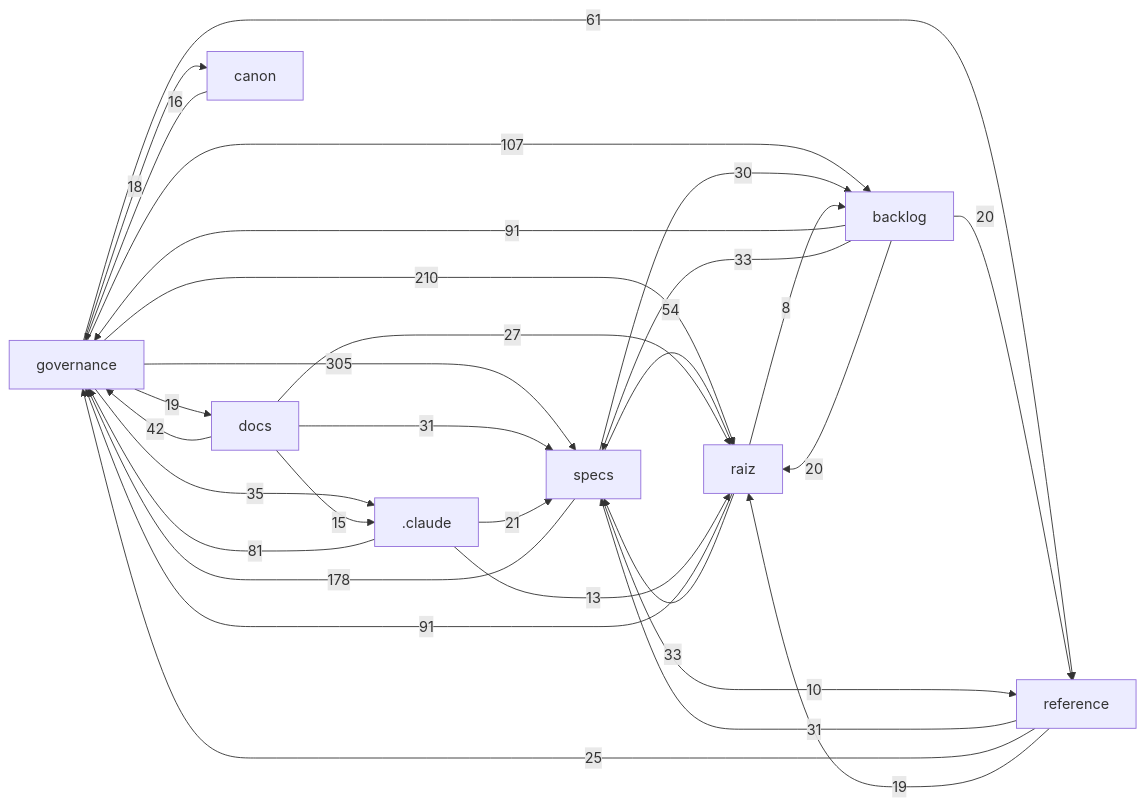
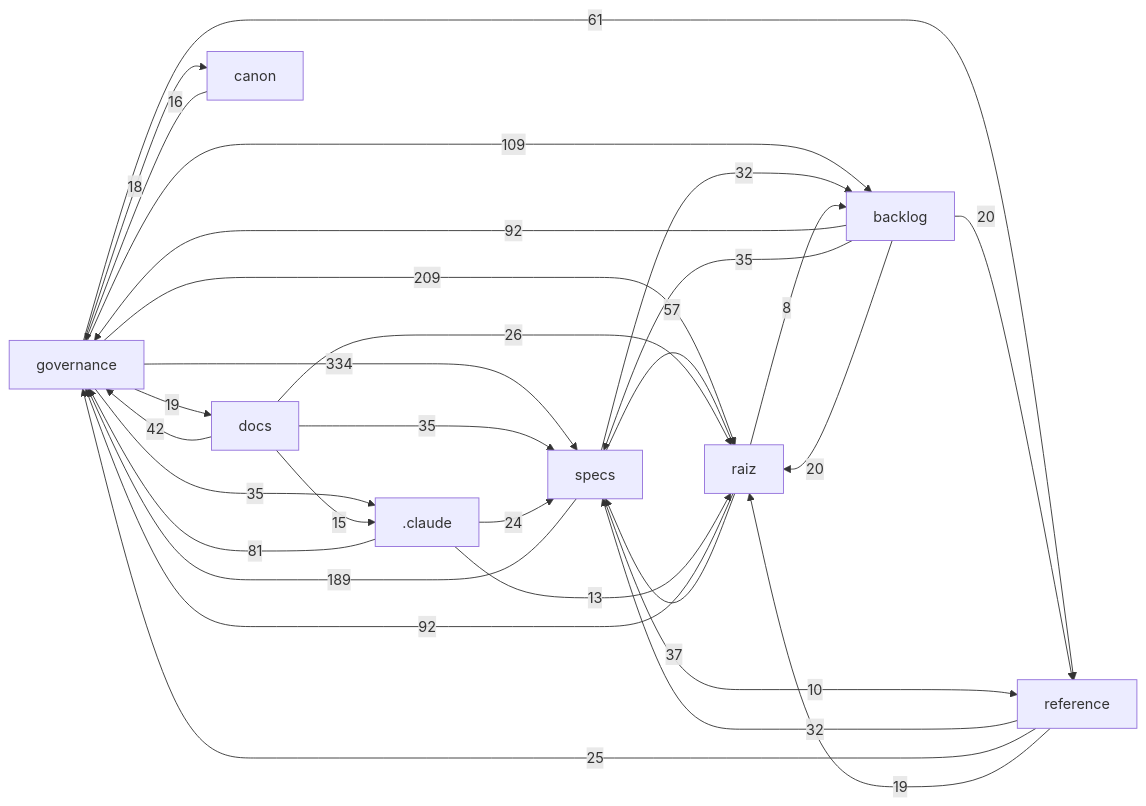
The diagram in docs/mapa/MAPA-PROJETO.md (Andraus35/Sistema-Operacional-de-Trading--SOT), drawn with Mermaid before and after one commit. The commit also changed other lines of this file and 7 other files, not shown here.

````diff
--- a/docs/mapa/MAPA-PROJETO.md
+++ b/docs/mapa/MAPA-PROJETO.md
@@ -30,32 +30,32 @@
 ```mermaid
 flowchart LR
-  governance["governance"] -->|305| specs["specs"]
-  governance["governance"] -->|210| raiz["raiz"]
-  specs["specs"] -->|178| governance["governance"]
-  governance["governance"] -->|107| backlog["backlog"]
-  raiz["raiz"] -->|91| governance["governance"]
-  backlog["backlog"] -->|91| governance["governance"]
+  governance["governance"] -->|334| specs["specs"]
+  governance["governance"] -->|209| raiz["raiz"]
+  specs["specs"] -->|189| governance["governance"]
+  governance["governance"] -->|109| backlog["backlog"]
+  raiz["raiz"] -->|92| governance["governance"]
+  backlog["backlog"] -->|92| governance["governance"]
   _claude[".claude"] -->|81| governance["governance"]
   governance["governance"] -->|61| reference["reference"]
-  specs["specs"] -->|54| raiz["raiz"]
+  specs["specs"] -->|57| raiz["raiz"]
   docs["docs"] -->|42| governance["governance"]
+  raiz["raiz"] -->|37| specs["specs"]
+  backlog["backlog"] -->|35| specs["specs"]
+  docs["docs"] -->|35| specs["specs"]
   governance["governance"] -->|35| _claude[".claude"]
-  raiz["raiz"] -->|33| specs["specs"]
-  backlog["backlog"] -->|33| specs["specs"]
-  docs["docs"] -->|31| specs["specs"]
-  reference["reference"] -->|31| specs["specs"]
-  specs["specs"] -->|30| backlog["backlog"]
-  docs["docs"] -->|27| raiz["raiz"]
+  reference["reference"] -->|32| specs["specs"]
+  specs["specs"] -->|32| backlog["backlog"]
+  docs["docs"] -->|26| raiz["raiz"]
   reference["reference"] -->|25| governance["governance"]
-  _claude[".claude"] -->|21| specs["specs"]
+  _claude[".claude"] -->|24| specs["specs"]
   backlog["backlog"] -->|20| raiz["raiz"]
   backlog["backlog"] -->|20| reference["reference"]
   governance["governance"] -->|19| docs["docs"]
   reference["reference"] -->|19| raiz["raiz"]
   governance["governance"] -->|18| canon["canon"]
   canon["canon"] -->|16| governance["governance"]
   docs["docs"] -->|15| _claude[".claude"]
   _claude[".claude"] -->|13| raiz["raiz"]
   specs["specs"] -->|10| reference["reference"]
   raiz["raiz"] -->|8| backlog["backlog"]
 ```
````
